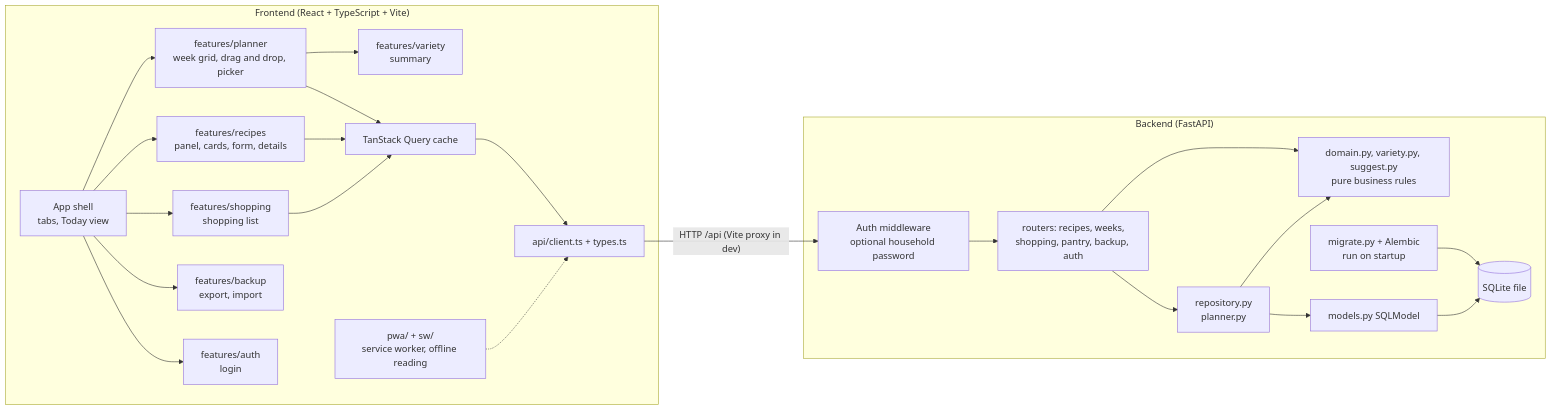
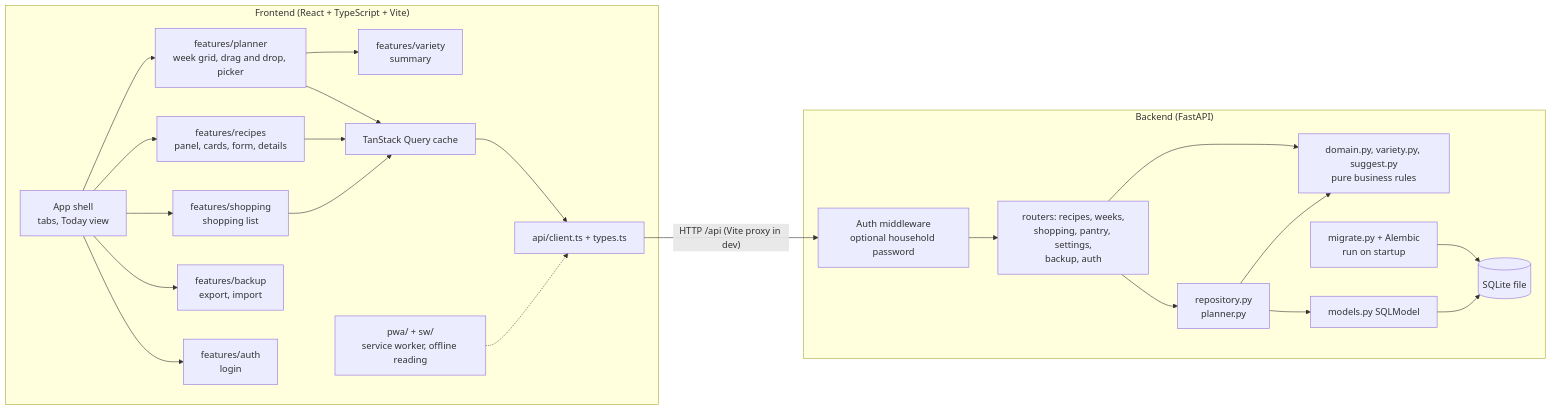
One commit to renefs/cociboard changed the diagram in README.md. Above: the diagram before and after it, drawn with Mermaid. The commit also changed other lines of this file and 53 other files, not shown here.

````diff
--- a/README.md
+++ b/README.md
@@ -38,26 +39,26 @@
 ```mermaid
 flowchart LR
   subgraph Browser["Frontend (React + TypeScript + Vite)"]
     App[App shell<br/>tabs, Today view] --> Planner[features/planner<br/>week grid, drag and drop, picker]
     App --> Recipes[features/recipes<br/>panel, cards, form, details]
     App --> Shopping[features/shopping<br/>shopping list]
     App --> Backup[features/backup<br/>export, import]
     App --> Auth[features/auth<br/>login]
     Planner --> Variety[features/variety<br/>summary]
     Planner --> Query[TanStack Query cache]
     Recipes --> Query
     Shopping --> Query
     Query --> Client[api/client.ts + types.ts]
     PWA[pwa/ + sw/<br/>service worker, offline reading] -.-> Client
   end
   Client -- "HTTP /api (Vite proxy in dev)" --> Mw[Auth middleware<br/>optional household password]
   subgraph Server["Backend (FastAPI)"]
-    Mw --> Routers[routers: recipes, weeks,<br/>shopping, pantry, backup, auth]
+    Mw --> Routers[routers: recipes, weeks,<br/>shopping, pantry, settings,<br/>backup, auth]
     Routers --> Repo[repository.py<br/>planner.py]
     Routers --> Rules[domain.py, variety.py, suggest.py<br/>pure business rules]
     Repo --> Rules
     Repo --> Models[models.py SQLModel]
     Mig[migrate.py + Alembic<br/>run on startup] --> DB
   end
   Models --> DB[(SQLite file)]
 ```
````
